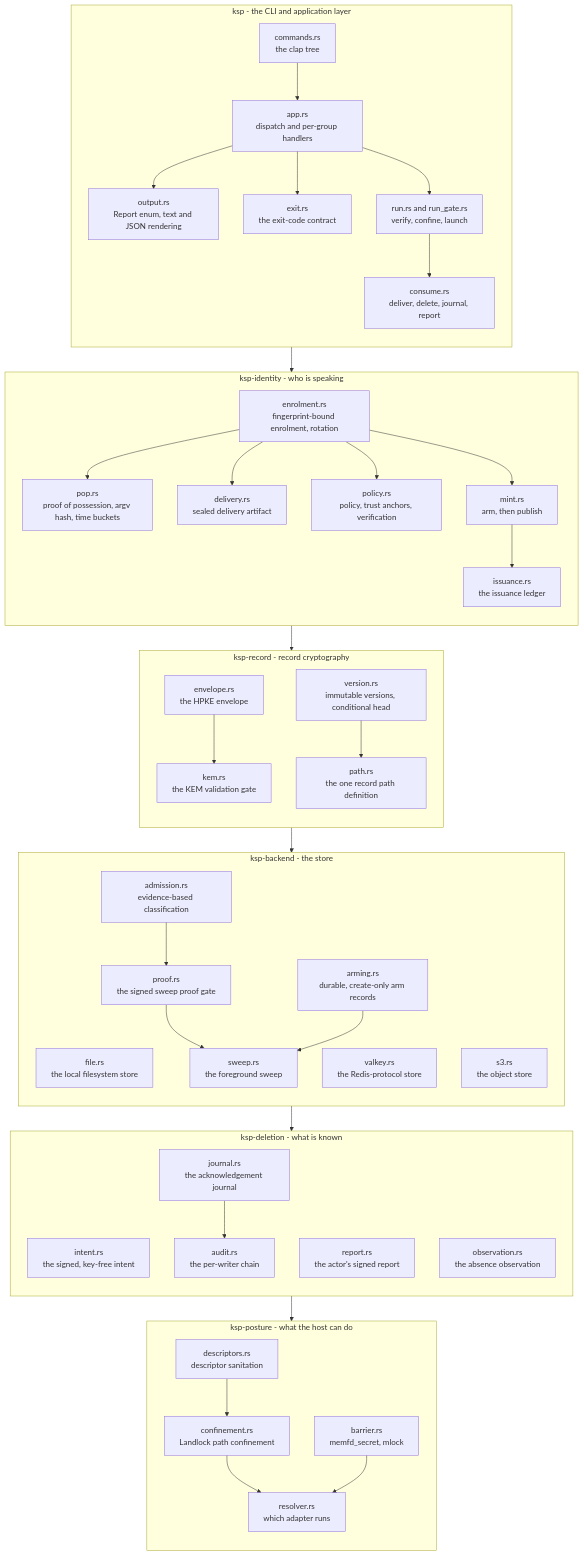
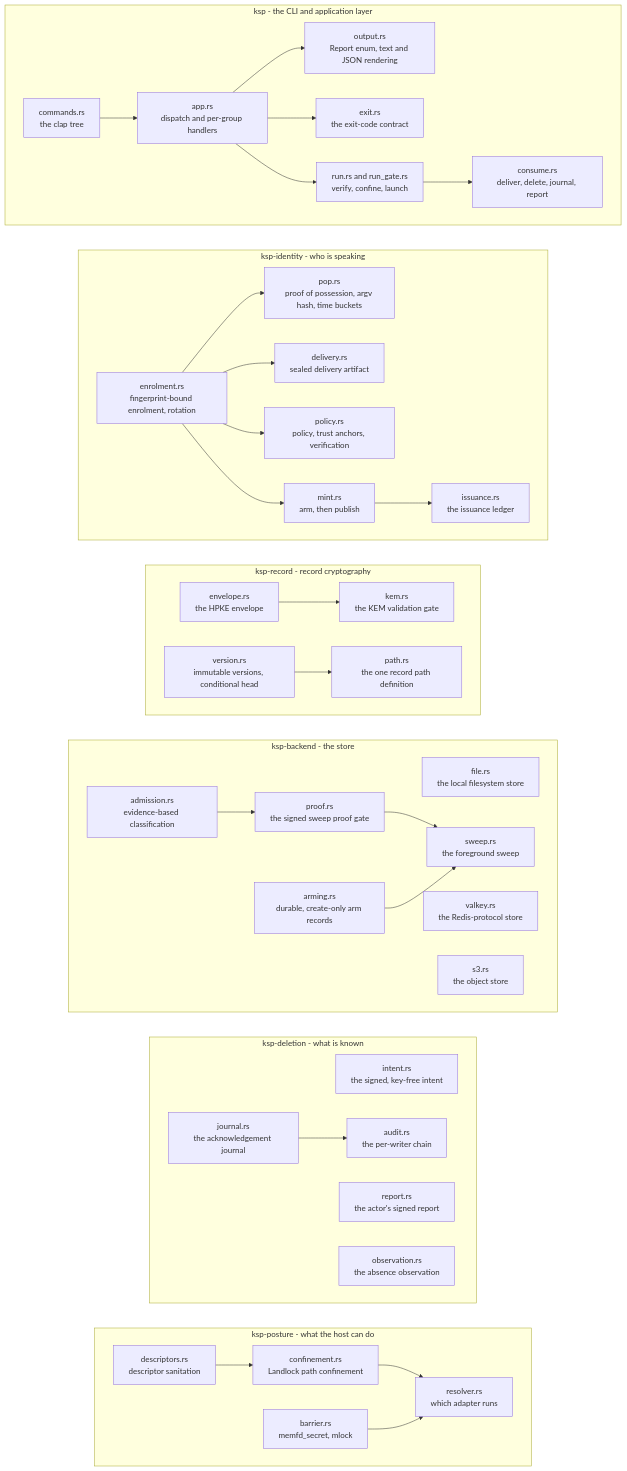
The third of 3 diagrams in site/docs/architecture/overview.md (bruj0/keyspout), drawn with Mermaid before and after one commit. The commit also changed other lines of this file and 20 other files, not shown here.

First line of the commit message:
feat(site): pan and zoom the diagrams, and stack them by measurement

````diff
--- a/site/docs/architecture/overview.md
+++ b/site/docs/architecture/overview.md
@@ -102,7 +99,6 @@
 ```mermaid
 graph TB
   subgraph CLI["ksp - the CLI and application layer"]
-    direction TB
     COMMANDS["commands.rs<br/>the clap tree"]
     APP["app.rs<br/>dispatch and per-group handlers"]
     OUTPUT["output.rs<br/>Report enum, text and JSON rendering"]
@@ -117,7 +113,6 @@
   end
 
   subgraph IDENTITY["ksp-identity - who is speaking"]
-    direction TB
     ENROL["enrolment.rs<br/>fingerprint-bound enrolment, rotation"]
     POP["pop.rs<br/>proof of possession, argv hash, time buckets"]
     DELIV["delivery.rs<br/>sealed delivery artifact"]
@@ -132,7 +127,6 @@
   end
 
   subgraph RECORD["ksp-record - record cryptography"]
-    direction TB
     ENV["envelope.rs<br/>the HPKE envelope"]
     KEM["kem.rs<br/>the KEM validation gate"]
     VERSION["version.rs<br/>immutable versions, conditional head"]
@@ -142,7 +136,6 @@
   end
 
   subgraph STORAGE["ksp-backend - the store"]
-    direction TB
     FILE["file.rs<br/>the local filesystem store"]
     VALKEY["valkey.rs<br/>the Redis-protocol store"]
     S3["s3.rs<br/>the object store"]
@@ -156,7 +149,6 @@
   end
 
   subgraph EVIDENCE["ksp-deletion - what is known"]
-    direction TB
     INTENT["intent.rs<br/>the signed, key-free intent"]
     REPORT["report.rs<br/>the actor's signed report"]
     OBSERVE["observation.rs<br/>the absence observation"]
@@ -166,7 +158,6 @@
   end
 
   subgraph HOST["ksp-posture - what the host can do"]
-    direction TB
     CONF["confinement.rs<br/>Landlock path confinement"]
     BARRIER["barrier.rs<br/>memfd_secret, mlock"]
     DESC["descriptors.rs<br/>descriptor sanitation"]
@@ -176,10 +167,10 @@
     DESC --> CONF
   end
 
-  CLI --> IDENTITY
-  IDENTITY --> RECORD
-  RECORD --> STORAGE
-  STORAGE --> EVIDENCE
-  EVIDENCE --> HOST
+  CLI ~~~ IDENTITY
+  IDENTITY ~~~ RECORD
+  RECORD ~~~ STORAGE
+  STORAGE ~~~ EVIDENCE
+  EVIDENCE ~~~ HOST
 
 ```
````
